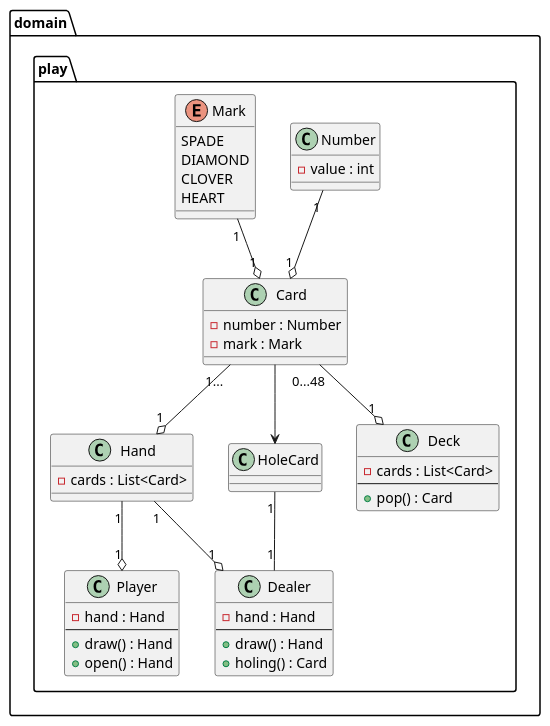
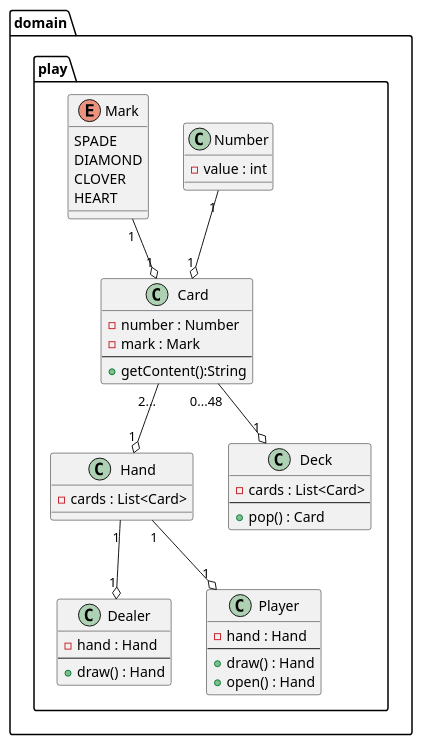
Before and after one commit to KazukiOtomo/sample: the diagram in lecture/src/uml/play-class.puml, drawn with PlantUML. The commit also changed 5 other files, not shown here.

```diff
--- a/lecture/src/uml/play-class.puml
+++ b/lecture/src/uml/play-class.puml
@@ -1,64 +1,58 @@
 @startuml
 'https://plantuml.com/sequence-diagram
 
 skinparam defaultFontName Cica
 
 package domain.play {
 
     class Dealer {
         -hand : Hand
         --
         +draw() : Hand
-        +holing() : Card
     }
 
     class Player {
         -hand : Hand
         --
         +draw() : Hand
         +open() : Hand
     }
 
     class Hand {
         -cards : List<Card>
     }
 
     class Card {
         -number : Number
         -mark : Mark
+        --
+        +getContent():String
     }
-
-    class HoleCard{
-
-    }
-
-    Card --> HoleCard
-    HoleCard "1"--"1" Dealer
 
     Hand "1" --o "1" Player
     Hand "1" --o "1" Dealer
-    Card "1..." --o "1" Hand
+    Card "2..." --o "1" Hand
 
     class Number {
         -value : int
     }
 
     enum Mark {
         SPADE
         DIAMOND
         CLOVER
         HEART
     }
 
     Mark "1" --o "1" Card
     Number "1" --o "1" Card
 
     class Deck {
         -cards : List<Card>
         --
         +pop() : Card
     }
 
     Card "0...48" --o "1" Deck
 }
 @enduml
```
